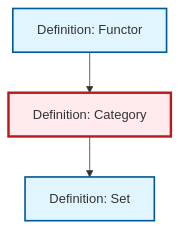
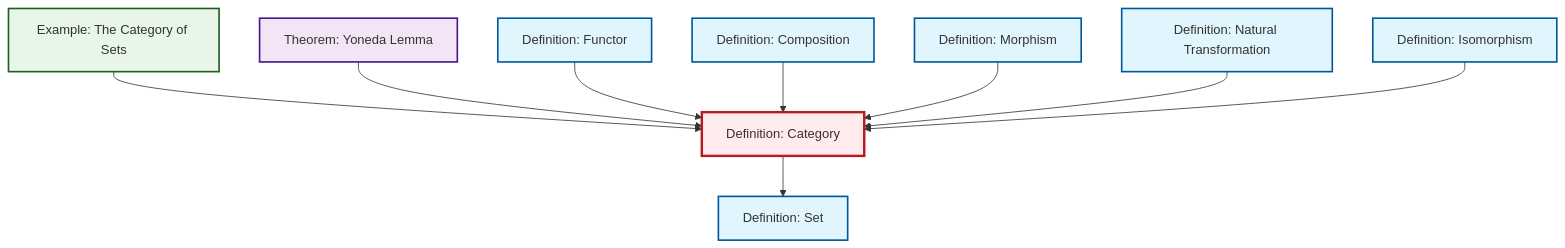
One commit to RK0429/ModernMath changed the diagram in content/en/category-theory/def-category.qmd. Above: the diagram before and after it, drawn with Mermaid. The commit also changed other lines of this file and 203 other files, not shown here.

````diff
--- a/content/en/category-theory/def-category.qmd
+++ b/content/en/category-theory/def-category.qmd
@@ -46,18 +46,27 @@
 ```{mermaid}
 %%| fig-cap: "Local dependency graph"
 graph TD
     classDef definition fill:#e1f5fe,stroke:#01579b,stroke-width:2px
     classDef theorem fill:#f3e5f5,stroke:#4a148c,stroke-width:2px
     classDef axiom fill:#fff3e0,stroke:#e65100,stroke-width:2px
     classDef example fill:#e8f5e9,stroke:#1b5e20,stroke-width:2px
     classDef current fill:#ffebee,stroke:#b71c1c,stroke-width:3px
+    def-isomorphism["Definition: Isomorphism"]:::definition
+    def-composition["Definition: Composition"]:::definition
+    ex-set-category["Example: The Category of Sets"]:::example
+    def-functor["Definition: Functor"]:::definition
+    def-morphism["Definition: Morphism"]:::definition
     def-set["Definition: Set"]:::definition
-    def-functor["Definition: Functor"]:::definition
     def-category["Definition: Category"]:::definition
+    thm-yoneda["Theorem: Yoneda Lemma"]:::theorem
+    def-natural-transformation["Definition: Natural Transformation"]:::definition
+    ex-set-category --> def-category
+    thm-yoneda --> def-category
+    def-functor --> def-category
     def-category --> def-set
-    def-functor --> def-category
+    def-composition --> def-category
+    def-morphism --> def-category
+    def-natural-transformation --> def-category
+    def-isomorphism --> def-category
     class def-category current
-
-    click def-set "def-set.html" "Go to Set definition"
-    click def-functor "def-functor.html" "Go to Functor definition"
 ```
````
